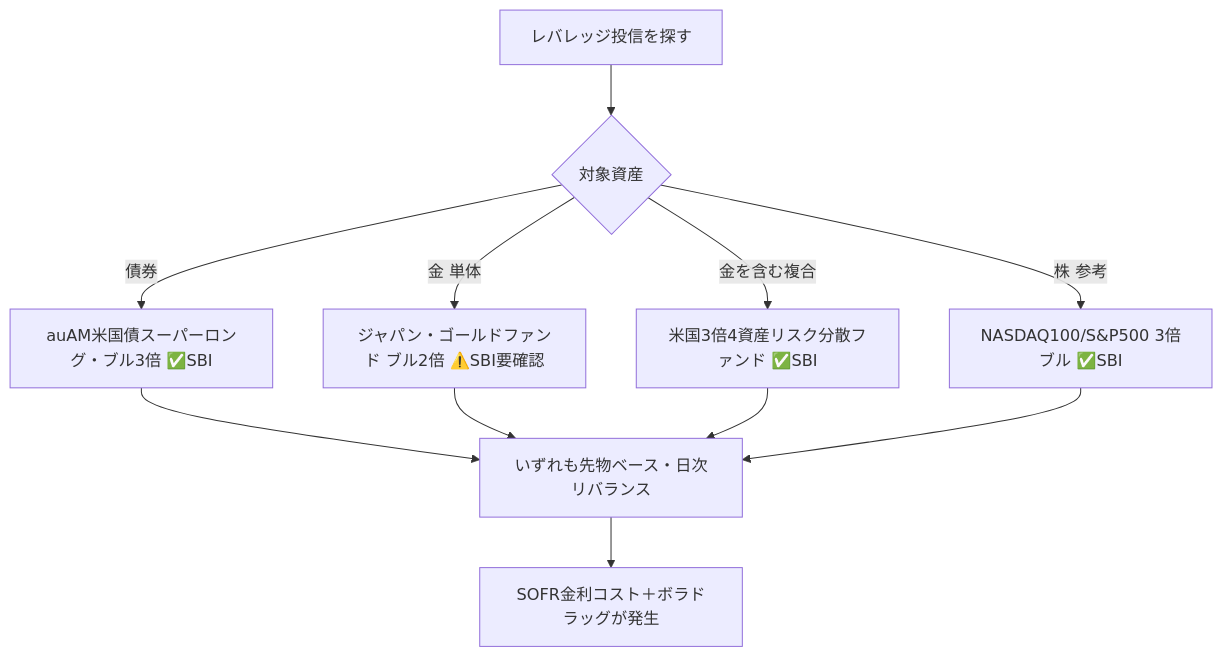
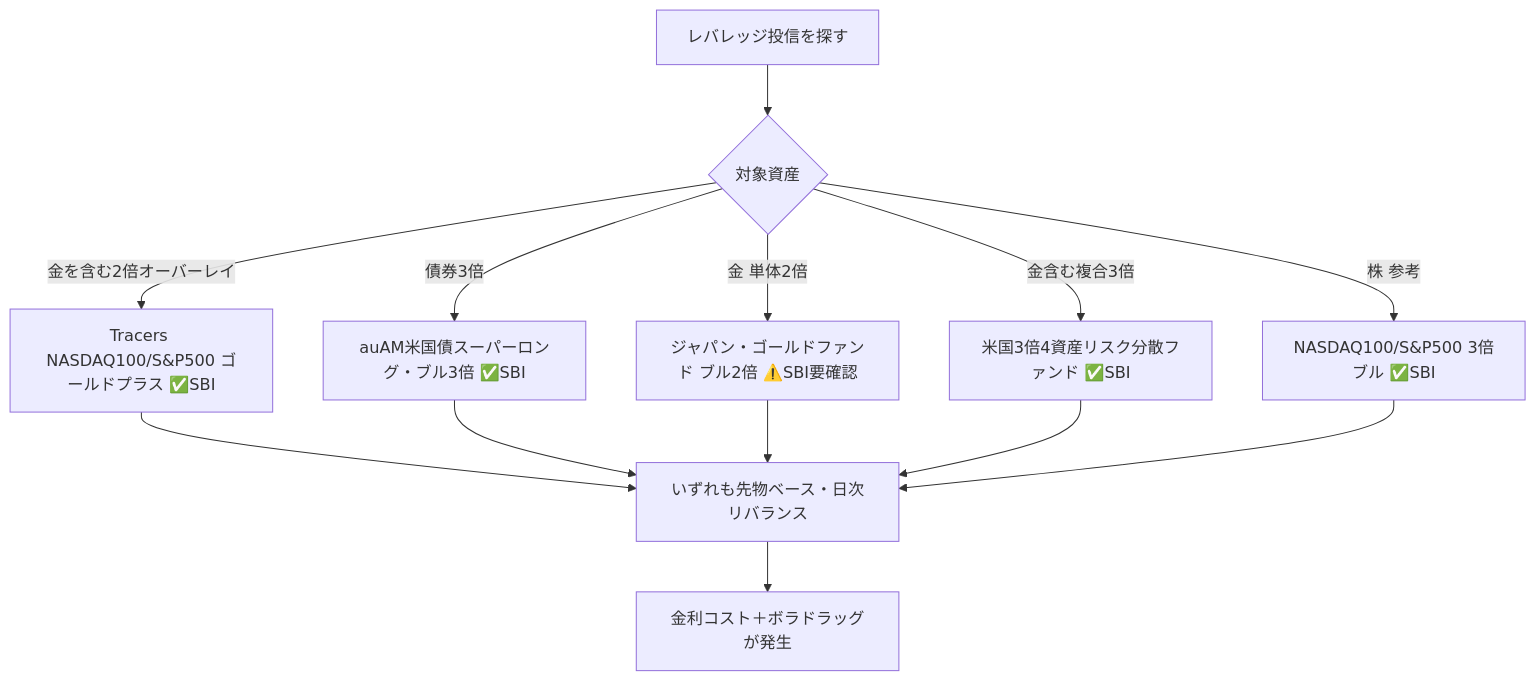
Before and after one commit to KazuyaMurayama/deep-research: the first of 2 diagrams in outputs/2026-06-10_sbi-gold-bond-leverage-mutual-funds.md, drawn with Mermaid. The commit also changed other lines of this file, not shown here.

First line of the commit message:
Revise mutual fund leverage report: add Tracers, fix cost figures

````diff
--- a/outputs/2026-06-10_sbi-gold-bond-leverage-mutual-funds.md
+++ b/outputs/2026-06-10_sbi-gold-bond-leverage-mutual-funds.md
@@ -44,13 +48,15 @@
 ```mermaid
 flowchart TD
     A[レバレッジ投信を探す] --> B{対象資産}
-    B -->|債券| C[auAM米国債スーパーロング・ブル3倍 ✅SBI]
-    B -->|金 単体| D[ジャパン・ゴールドファンド ブル2倍 ⚠️SBI要確認]
-    B -->|金を含む複合| E[米国3倍4資産リスク分散ファンド ✅SBI]
+    B -->|金を含む2倍オーバーレイ| T[Tracers NASDAQ100/S&P500 ゴールドプラス ✅SBI]
+    B -->|債券3倍| C[auAM米国債スーパーロング・ブル3倍 ✅SBI]
+    B -->|金 単体2倍| D[ジャパン・ゴールドファンド ブル2倍 ⚠️SBI要確認]
+    B -->|金含む複合3倍| E[米国3倍4資産リスク分散ファンド ✅SBI]
     B -->|株 参考| F[NASDAQ100/S&P500 3倍ブル ✅SBI]
-    C --> G[いずれも先物ベース・日次リバランス]
+    T --> G[いずれも先物ベース・日次リバランス]
+    C --> G
     D --> G
     E --> G
     F --> G
-    G --> H[SOFR金利コスト＋ボラドラッグが発生]
+    G --> H[金利コスト＋ボラドラッグが発生]
 ```
````
